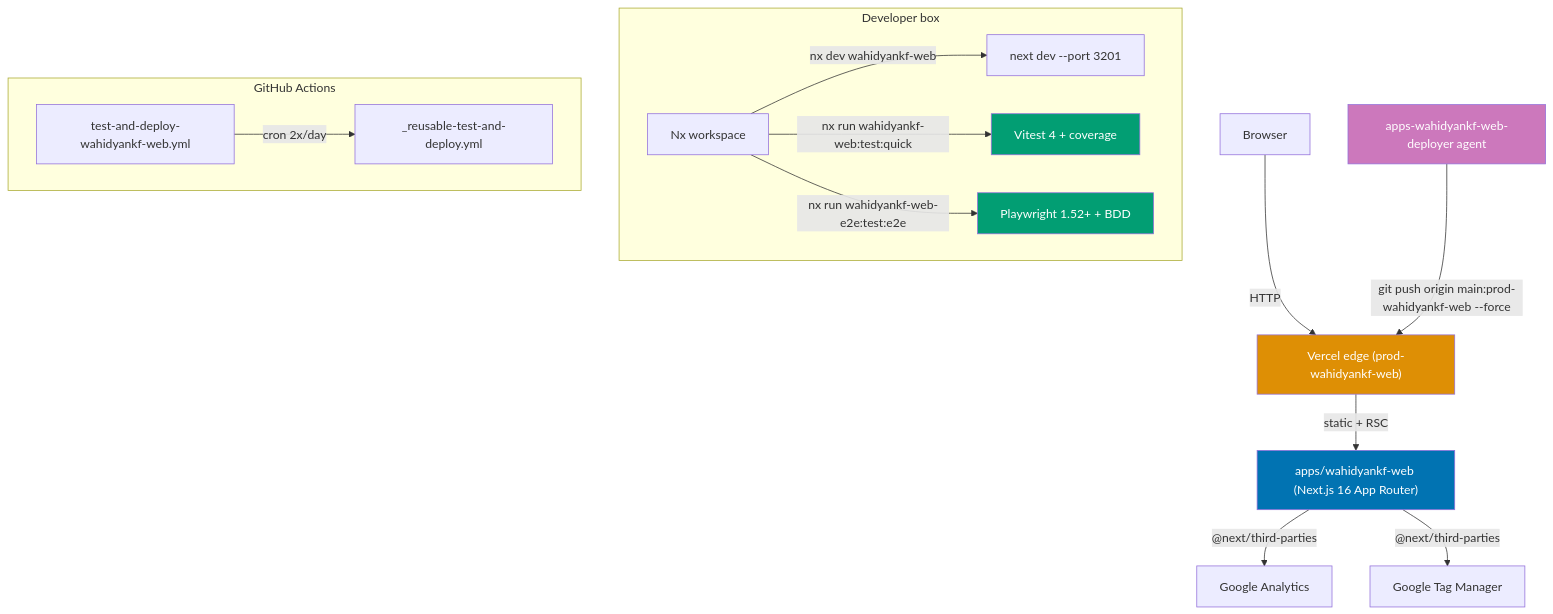
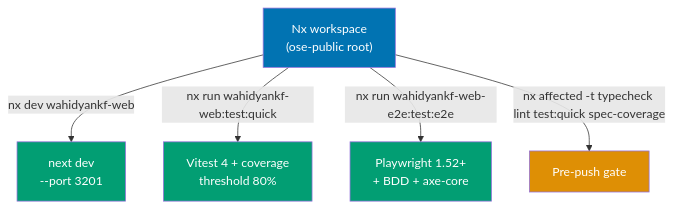
The second of 3 diagrams in plans/in-progress/2026-04-19__adopt-wahidyankf-web/tech-docs.md (wahidyankf/open-sharia-enterprise), drawn with Mermaid before and after one commit. The commit also changed other lines of this file, not shown here.

First line of the commit message:
docs(plans): split wahidyankf-web architecture diagram into 3 focused charts

````diff
--- a/plans/in-progress/2026-04-19__adopt-wahidyankf-web/tech-docs.md
+++ b/plans/in-progress/2026-04-19__adopt-wahidyankf-web/tech-docs.md
@@ -5,26 +31,13 @@
 ```mermaid
 flowchart TD
-    Browser["Browser"] -->|HTTP| Vercel["Vercel edge (prod-wahidyankf-web)"]
-    Vercel -->|static + RSC| NextApp["apps/wahidyankf-web (Next.js 16 App Router)"]
-    NextApp -->|"@next/third-parties"| GA["Google Analytics"]
-    NextApp -->|"@next/third-parties"| GTM["Google Tag Manager"]
+    Nx["Nx workspace<br/>(ose-public root)"] -->|"nx dev wahidyankf-web"| DevServer["next dev<br/>--port 3201"]
+    Nx -->|"nx run wahidyankf-web:test:quick"| Vitest["Vitest 4 + coverage<br/>threshold 80%"]
+    Nx -->|"nx run wahidyankf-web-e2e:test:e2e"| Playwright["Playwright 1.52+<br/>+ BDD + axe-core"]
+    Nx -->|"nx affected -t typecheck lint test:quick spec-coverage"| PrePush["Pre-push gate"]
 
-    subgraph DevBox["Developer box"]
-        Nx["Nx workspace"]
-        Nx -->|"nx dev wahidyankf-web"| DevServer["next dev --port 3201"]
-        Nx -->|"nx run wahidyankf-web:test:quick"| Vitest["Vitest 4 + coverage"]
-        Nx -->|"nx run wahidyankf-web-e2e:test:e2e"| Playwright["Playwright 1.52+ + BDD"]
-    end
-
-    subgraph CI["GitHub Actions"]
-        Workflow["test-and-deploy-wahidyankf-web.yml"] -->|cron 2x/day| Reusable["_reusable-test-and-deploy.yml"]
-    end
-
-    Deployer["apps-wahidyankf-web-deployer agent"] -->|"git push origin main:prod-wahidyankf-web --force"| Vercel
-
-    style NextApp fill:#0173B2,color:#fff
-    style Vercel fill:#DE8F05,color:#fff
+    style Nx fill:#0173B2,color:#fff
+    style DevServer fill:#029E73,color:#fff
     style Vitest fill:#029E73,color:#fff
     style Playwright fill:#029E73,color:#fff
-    style Deployer fill:#CC78BC,color:#fff
+    style PrePush fill:#DE8F05,color:#fff
 ```
````
